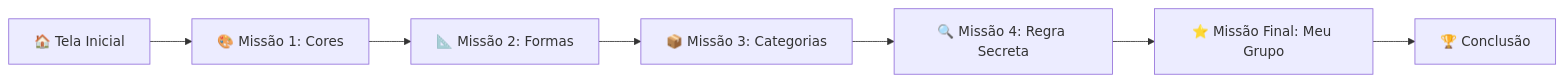
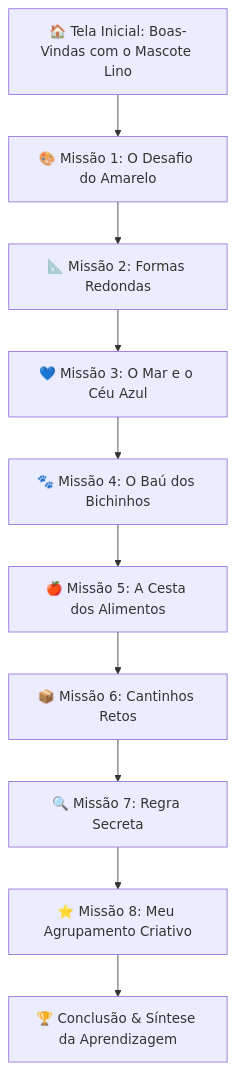
One commit to wpdocom26-a11y/Projeto_final-Padr-es changed the diagram in Projeto-final-Padrões/README.md. Above: the diagram before and after it, drawn with Mermaid. The commit also changed other lines of this file and 12 other files, not shown here.

Commit message:
feat: implementacao completa da Missao dos Agrupamentos com 8 missoes e documentacao PDF

````diff
--- a/Projeto-final-Padrões/README.md
+++ b/Projeto-final-Padrões/README.md
@@ -20,9 +20,12 @@
 ```mermaid
-flowchart LR
-    Inicio[🏠 Tela Inicial] --> M1[🎨 Missão 1: Cores]
-    M1 --> M2[📐 Missão 2: Formas]
-    M2 --> M3[📦 Missão 3: Categorias]
-    M3 --> M4[🔍 Missão 4: Regra Secreta]
-    M4 --> M5[⭐ Missão Final: Meu Grupo]
-    M5 --> Fim[🏆 Conclusão]
+flowchart TD
+    Inicio[🏠 Tela Inicial: Boas-Vindas com o Mascote Lino] --> M1[🎨 Missão 1: O Desafio do Amarelo]
+    M1 --> M2[📐 Missão 2: Formas Redondas]
+    M2 --> M3[💙 Missão 3: O Mar e o Céu Azul]
+    M3 --> M4[🐾 Missão 4: O Baú dos Bichinhos]
+    M4 --> M5[🍎 Missão 5: A Cesta dos Alimentos]
+    M5 --> M6[📦 Missão 6: Cantinhos Retos]
+    M6 --> M7[🔍 Missão 7: Regra Secreta]
+    M7 --> M8[⭐ Missão 8: Meu Agrupamento Criativo]
+    M8 --> Fim[🏆 Conclusão & Síntese da Aprendizagem]
 ```
````
